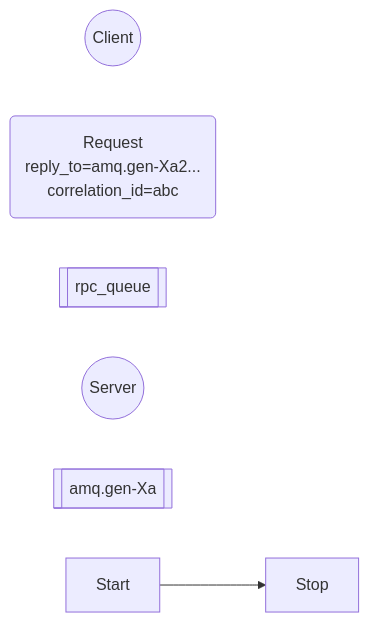
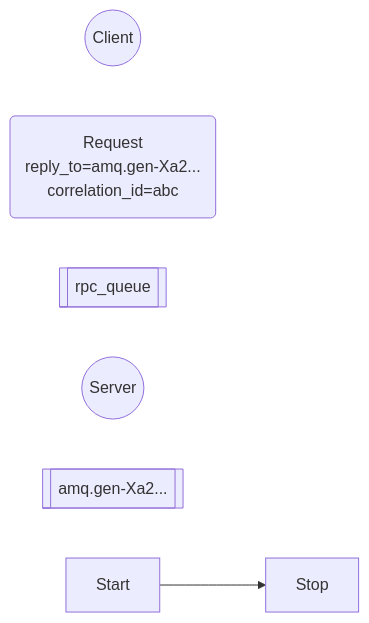
One commit to googlelxhgithub/iodraw-files changed the diagram in all/未命名-7.md. Above: the diagram before and after it, drawn with Mermaid.

Commit message:
2024-08-30 19:06:23 update

````diff
--- a/all/未命名-7.md
+++ b/all/未命名-7.md
@@ -1,10 +1,10 @@
 ```mermaid
 flowchart LR
     C((Client))
     R(Request\nreply_to=amq.gen-Xa2...\ncorrelation_id=abc)
     Q1[[rpc_queue]]
     S((Server))
-    Q2[[amq.gen-Xa]]
+    Q2[[amq.gen-Xa2...]]
     Start --> Stop
   
 ```
````
